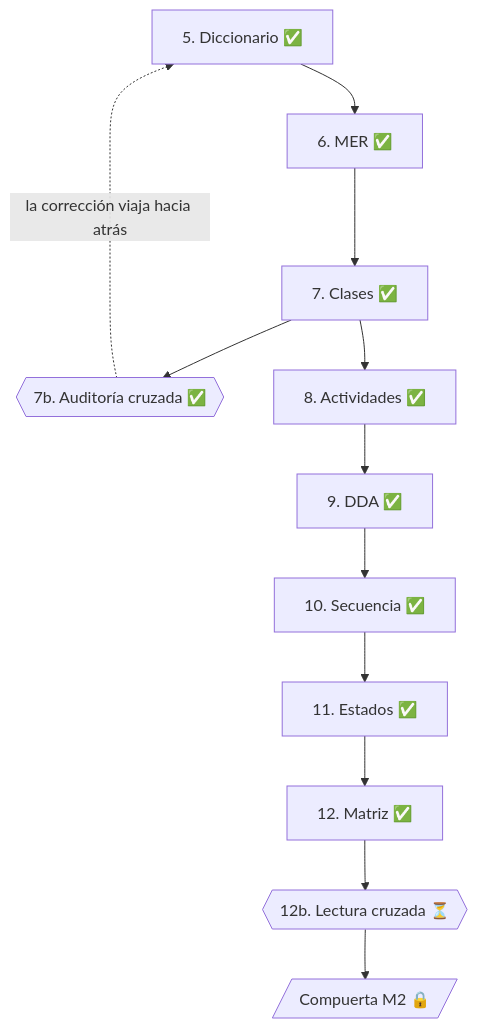
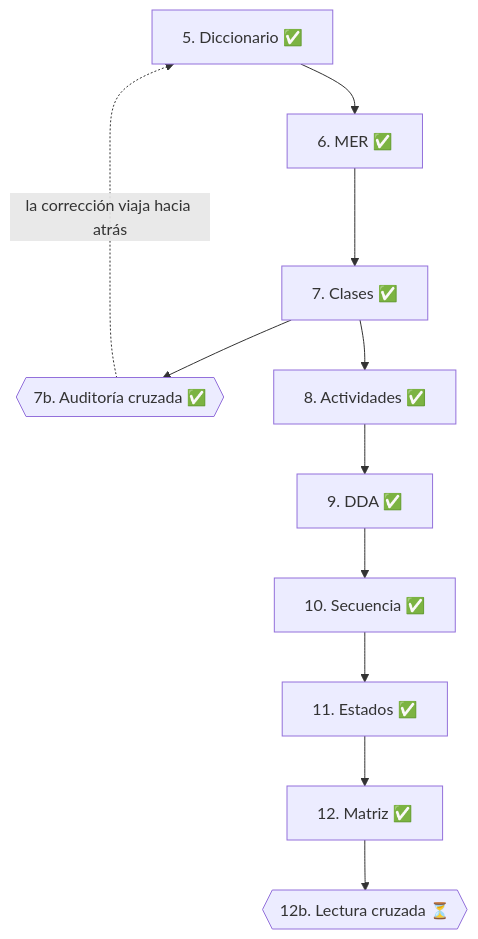
One commit to estebanvasquez0204-cyber/Mesa-TI-Solicitud-e-Incidente- changed the diagram in docs/fase_2/README.md. Above: the diagram before and after it, drawn with Mermaid. The commit also changed other lines of this file and 2 other files, not shown here.

First line of the commit message:
docs: quitar la Compuerta M2 de los índices de fases

````diff
--- a/docs/fase_2/README.md
+++ b/docs/fase_2/README.md
@@ -23,6 +22,6 @@
 ```mermaid
 flowchart TD
     D5[5. Diccionario ✅] --> D6[6. MER ✅] --> D7[7. Clases ✅] --> D7b{{7b. Auditoría cruzada ✅}}
     D7b -. la corrección viaja hacia atrás .-> D5
-    D7 --> D8[8. Actividades ✅] --> D9[9. DDA ✅] --> D10[10. Secuencia ✅] --> D11[11. Estados ✅] --> D12[12. Matriz ✅] --> D12b{{12b. Lectura cruzada ⏳}} --> M2[/Compuerta M2 🔒/]
+    D7 --> D8[8. Actividades ✅] --> D9[9. DDA ✅] --> D10[10. Secuencia ✅] --> D11[11. Estados ✅] --> D12[12. Matriz ✅] --> D12b{{12b. Lectura cruzada ⏳}}
 ```
````
